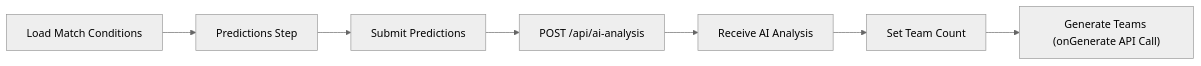
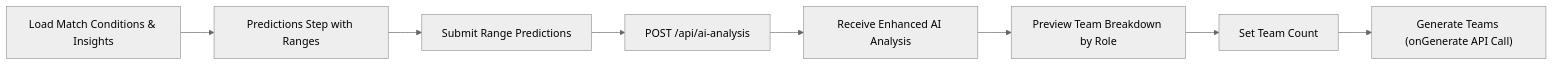
Before and after one commit to AI-Intern2025/dream11_multiteam_creation: the first of 2 diagrams in STRATEGY3_DOCUMENTATION.md, drawn with Mermaid (neutral theme). The commit also changed other lines of this file and 105 other files, not shown here.

````diff
--- a/STRATEGY3_DOCUMENTATION.md
+++ b/STRATEGY3_DOCUMENTATION.md
@@ -37,9 +48,10 @@
 ```mermaid
 flowchart LR
-  A[Load Match Conditions] --> B[Predictions Step]
-  B --> C[Submit Predictions]
+  A[Load Match Conditions & Insights] --> B[Predictions Step with Ranges]
+  B --> C[Submit Range Predictions]
   C --> D[POST /api/ai-analysis]
-  D --> E[Receive AI Analysis]
-  E --> F[Set Team Count]
-  F --> G["Generate Teams (onGenerate API Call)"]
+  D --> E[Receive Enhanced AI Analysis]
+  E --> F[Preview Team Breakdown by Role]
+  F --> G[Set Team Count]
+  G --> H["Generate Teams (onGenerate API Call)"]
 ```
````
